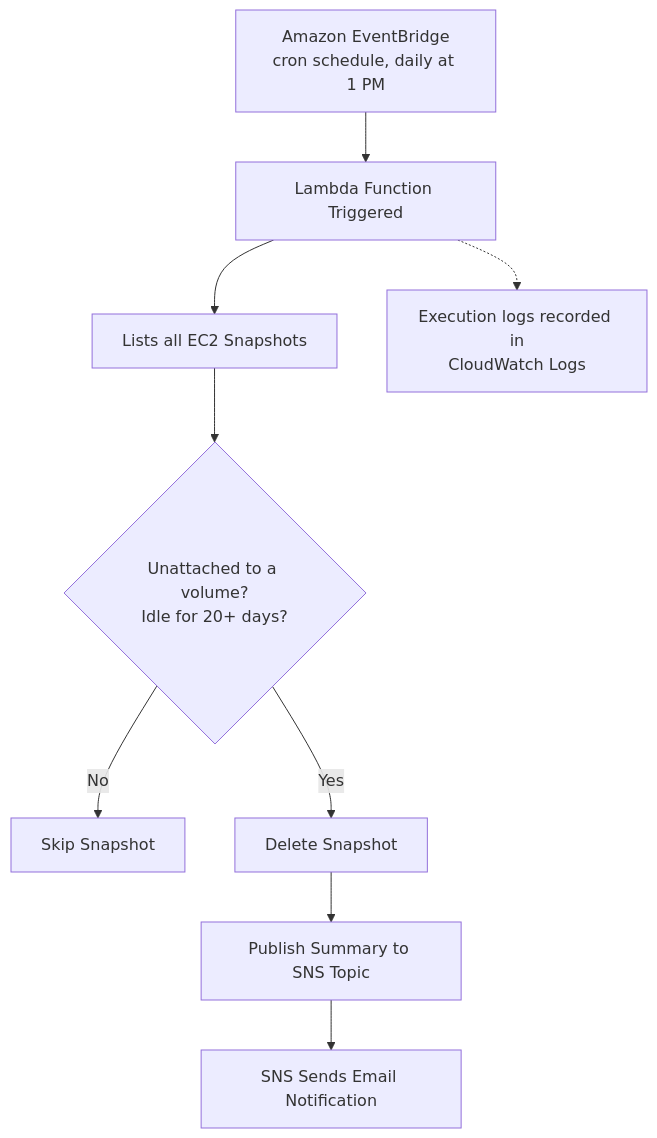
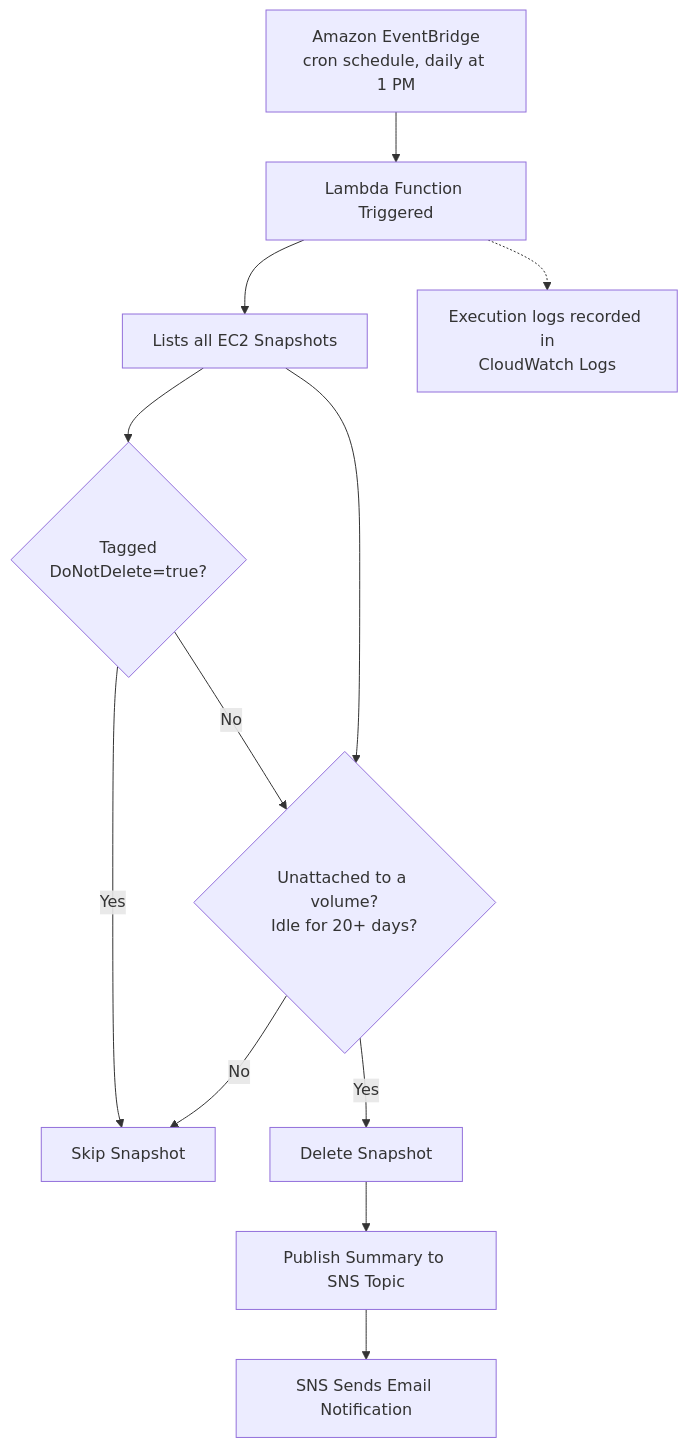
The diagram in README.md (hiteshjais-cloud/AWS-Cost-Optimization-Project), drawn with Mermaid before and after one commit.

Commit message:
Update flowchart in README for EC2 Snapshots process

````diff
--- a/README.md
+++ b/README.md
@@ -59,11 +59,14 @@
 ```mermaid
 flowchart TD
     A[Amazon EventBridge<br/>cron schedule, daily at 1 PM] --> B[Lambda Function Triggered]
     B --> C[Lists all EC2 Snapshots]
+    C --> T{Tagged<br/>DoNotDelete=true?}
+    T -- Yes --> E
+    T -- No --> D
     C --> D{Unattached to a volume?<br/>Idle for 20+ days?}
     D -- No --> E[Skip Snapshot]
     D -- Yes --> F[Delete Snapshot]
     F --> G[Publish Summary to SNS Topic]
     G --> H[SNS Sends Email Notification]
     B -.-> I[Execution logs recorded in<br/>CloudWatch Logs]
 ```
````
